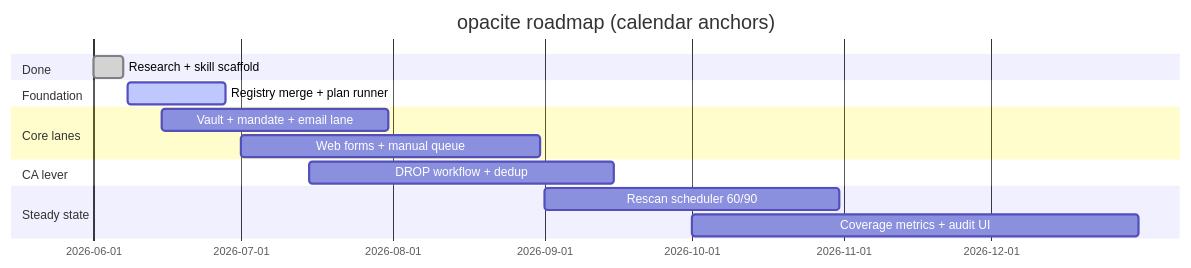
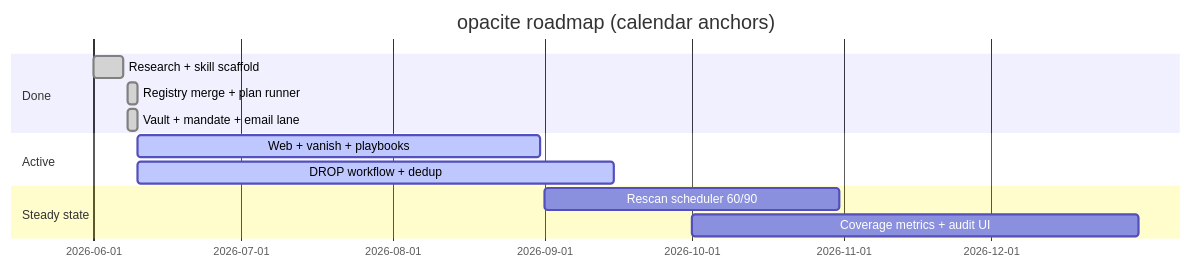
One commit to weijia-89/opacite changed the diagram in references/ROADMAP.md. Above: the diagram before and after it, drawn with Mermaid. The commit also changed other lines of this file, not shown here.

First line of the commit message:
docs(roadmap): sync Phase 3–4 status for v0.5.x

````diff
--- a/references/ROADMAP.md
+++ b/references/ROADMAP.md
@@ -37,17 +37,15 @@
 ```mermaid
 gantt
   title opacite roadmap (calendar anchors)
   dateFormat YYYY-MM-DD
   section Done
   Research + skill scaffold     :done, p0, 2026-06-01, 2026-06-07
-  section Foundation
-  Registry merge + plan runner  :active, p1, 2026-06-08, 2026-06-28
-  section Core lanes
-  Vault + mandate + email lane  :p2, 2026-06-15, 2026-07-31
-  Web forms + manual queue      :p3, 2026-07-01, 2026-08-31
-  section CA lever
-  DROP workflow + dedup         :p4, 2026-07-15, 2026-09-15
+  Registry merge + plan runner  :done, p1, 2026-06-08, 2026-06-10
+  Vault + mandate + email lane  :done, p2, 2026-06-08, 2026-06-10
+  section Active
+  Web + vanish + playbooks      :active, p3, 2026-06-10, 2026-08-31
+  DROP workflow + dedup         :active, p4, 2026-06-10, 2026-09-15
   section Steady state
   Rescan scheduler 60/90        :p5, 2026-09-01, 2026-10-31
   Coverage metrics + audit UI   :p6, 2026-10-01, 2026-12-31
 ```
````
